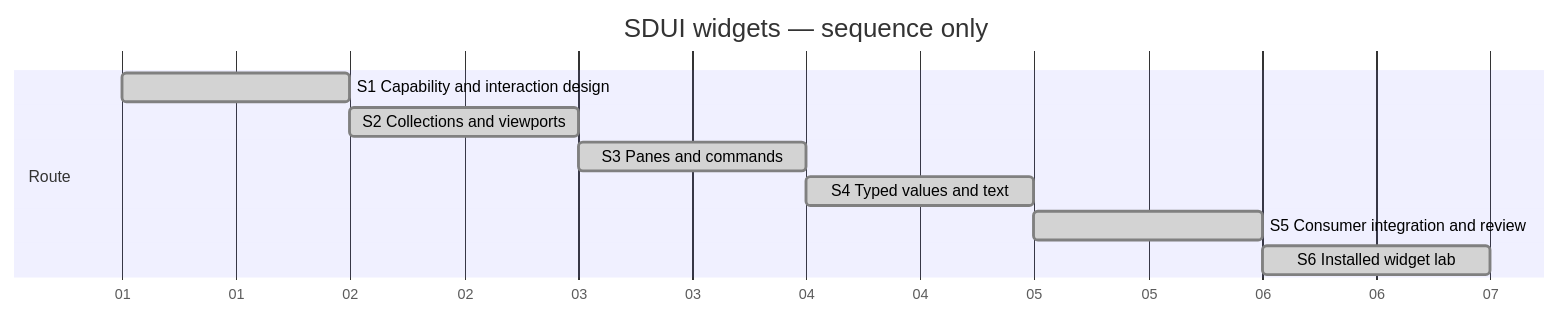
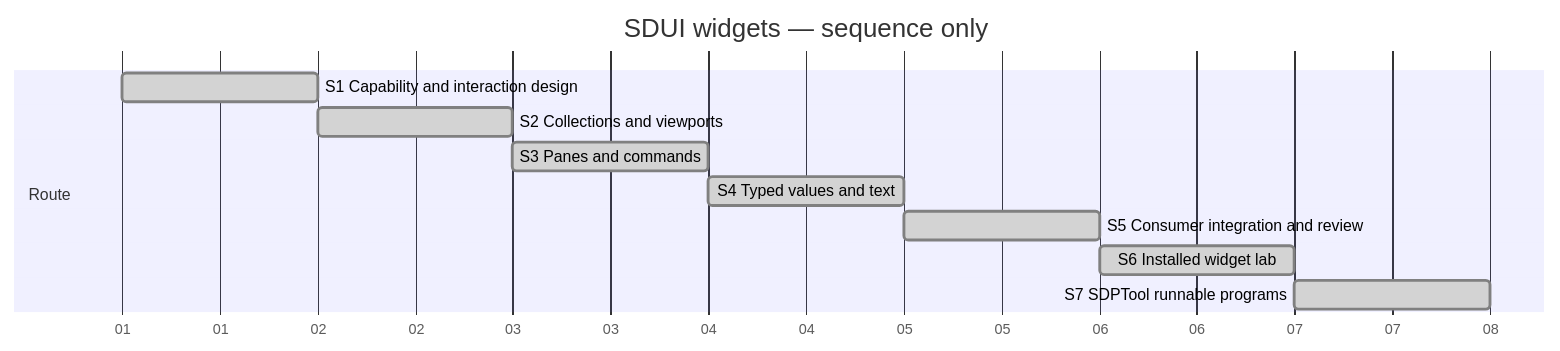
The diagram in SDP/Sessions/session-#0010--SDUI_widgets.md (Hans-Einar/SDP), drawn with Mermaid before and after one commit. The commit also changed other lines of this file and 17 other files, not shown here.

````diff
--- a/SDP/Sessions/session-#0010--SDUI_widgets.md
+++ b/SDP/Sessions/session-#0010--SDUI_widgets.md
@@ -10,13 +10,14 @@
 ```mermaid
 gantt
     title SDUI widgets — sequence only
     dateFormat YYYY-MM-DD
     axisFormat %d
     section Route
     S1 Capability and interaction design :done, s1, 2000-01-01, 1d
     S2 Collections and viewports :done, s2, after s1, 1d
     S3 Panes and commands :done, s3, after s2, 1d
     S4 Typed values and text :done, s4, after s3, 1d
     S5 Consumer integration and review :done, s5, after s4, 1d
     S6 Installed widget lab :done, s6, after s5, 1d
+    S7 SDPTool runnable programs :done, s7, after s6, 1d
 ```
````
